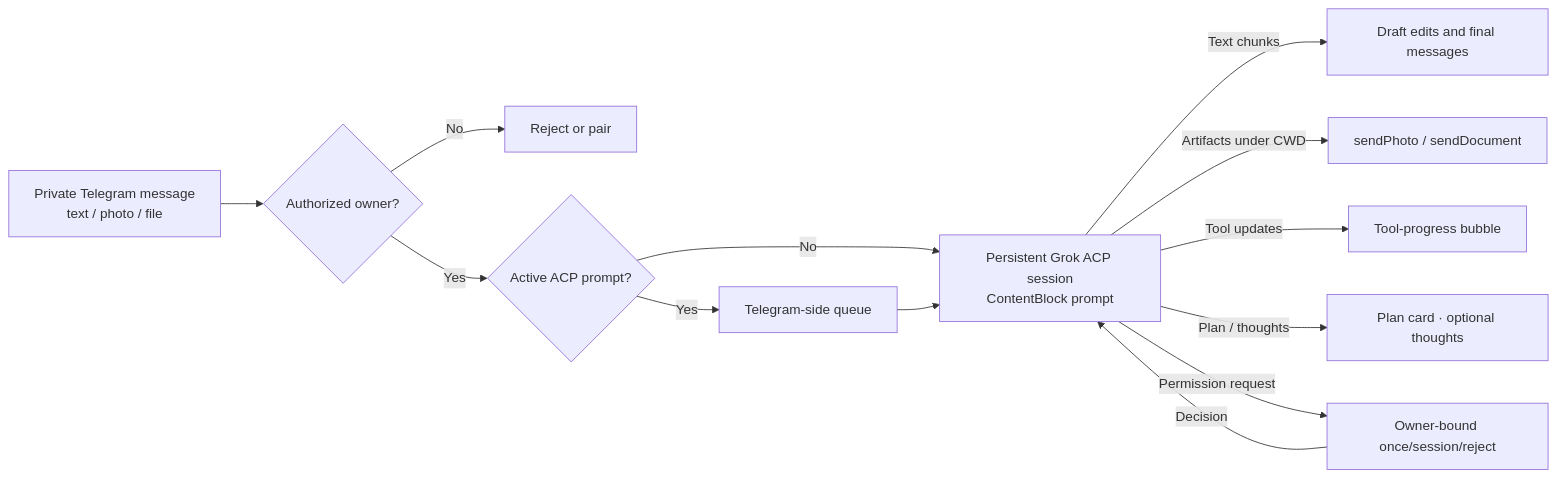
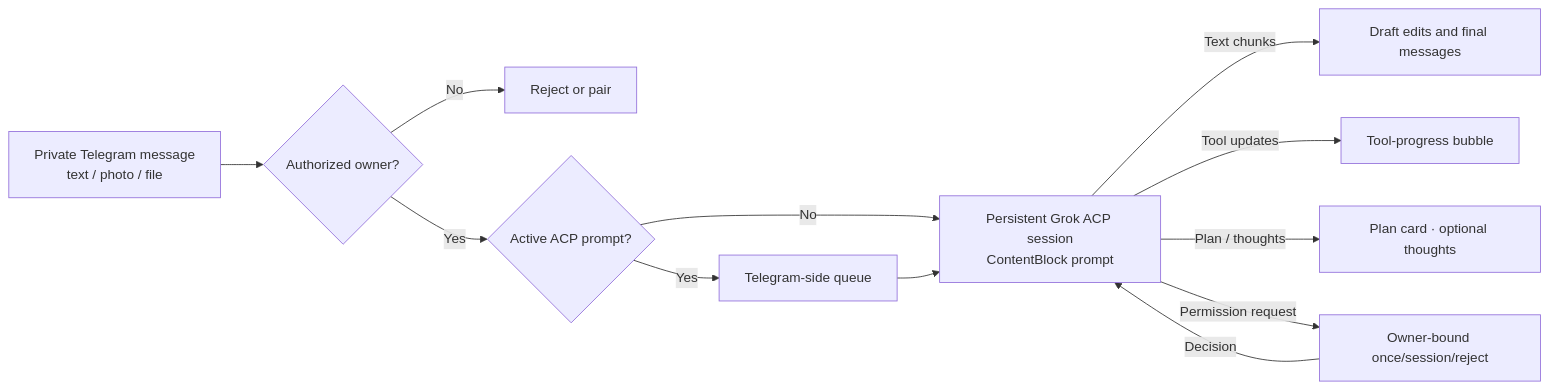
One commit to DanWahlin/agent-telegram-bridge changed the diagram in README.md. Above: the diagram before and after it, drawn with Mermaid. The commit also changed other lines of this file and 17 other files, not shown here.

````diff
--- a/README.md
+++ b/README.md
@@ -109,15 +113,14 @@
 ```mermaid
 flowchart LR
     telegram["Private Telegram message<br/>text / photo / file"] --> gate{"Authorized owner?"}
     gate -- No --> rejected["Reject or pair"]
     gate -- Yes --> busy{"Active ACP prompt?"}
     busy -- Yes --> queue["Telegram-side queue"]
     busy -- No --> acp["Persistent Grok ACP session<br/>ContentBlock prompt"]
     queue --> acp
     acp -- Text chunks --> response["Draft edits and final messages"]
-    acp -- Artifacts under CWD --> mediaOut["sendPhoto / sendDocument"]
     acp -- Tool updates --> bubble["Tool-progress bubble"]
     acp -- Plan / thoughts --> cards["Plan card · optional thoughts"]
     acp -- Permission request --> permission["Owner-bound once/session/reject"]
     permission -- Decision --> acp
 ```
````
